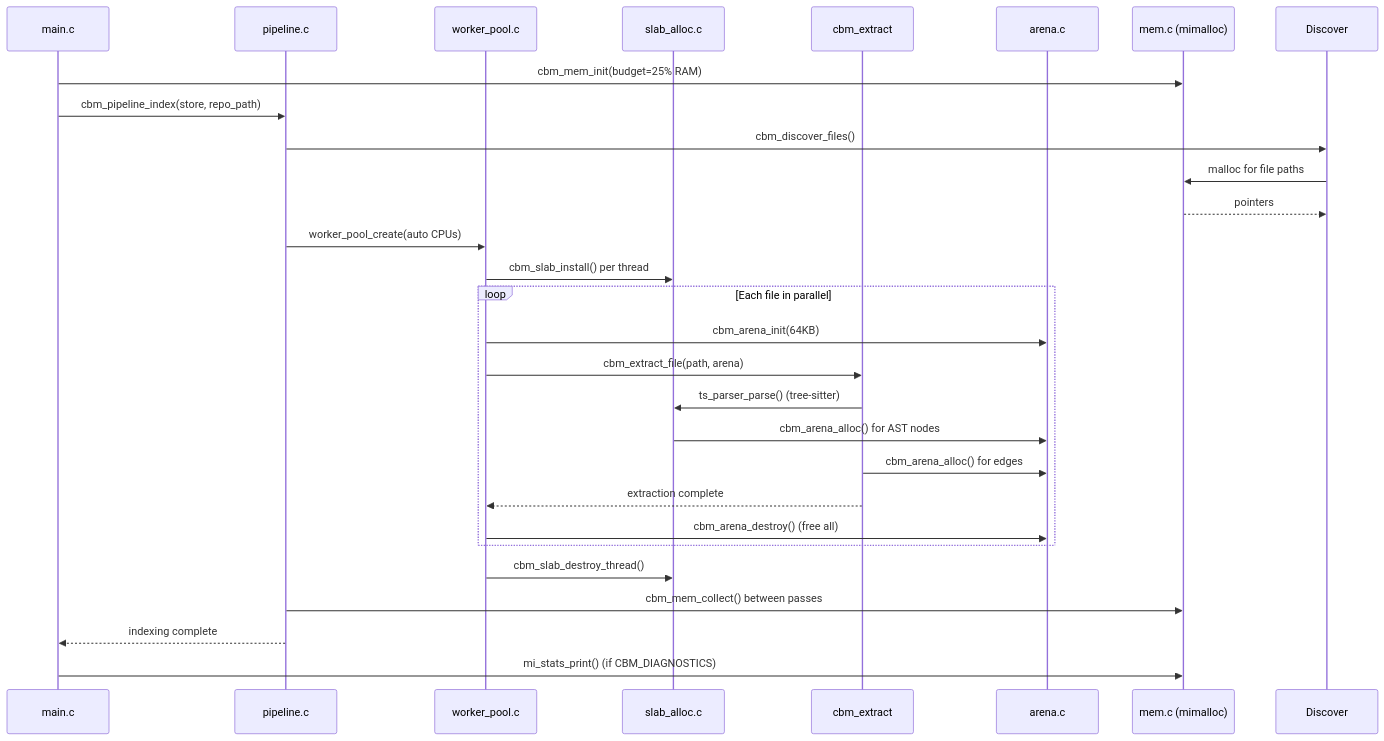
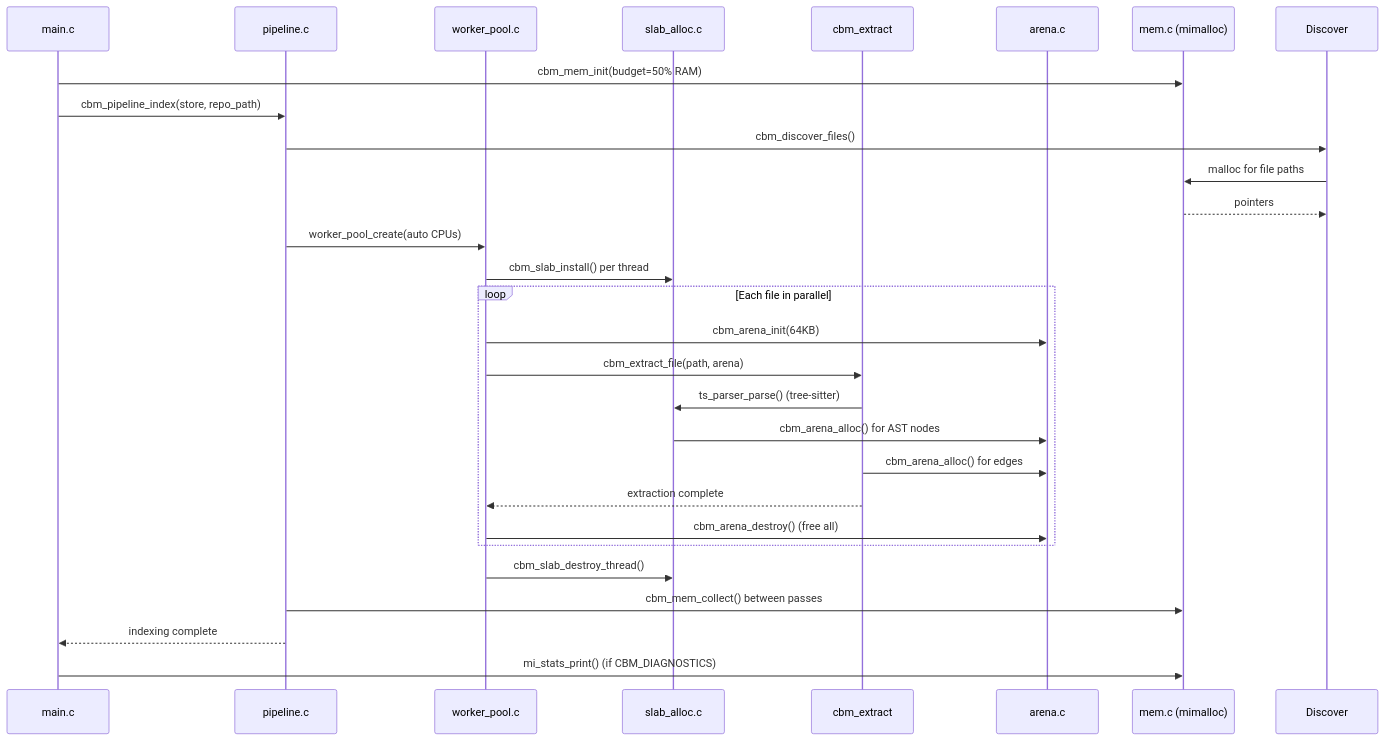
One commit to ewe-studios/explorations changed the first of 2 diagrams in [src.AI]/codebase-memory/markdown/02-foundation-layer.md. Above: the diagram before and after it, drawn with Mermaid. The commit also changed other lines of this file and 7 other files, not shown here.

````diff
--- a/[src.AI]/codebase-memory/markdown/02-foundation-layer.md
+++ b/[src.AI]/codebase-memory/markdown/02-foundation-layer.md
@@ -11,34 +11,34 @@
 ```mermaid
 sequenceDiagram
     participant Main as main.c
     participant Pipeline as pipeline.c
     participant Worker as worker_pool.c
     participant Slab as slab_alloc.c
     participant Extract as cbm_extract
     participant Arena as arena.c
     participant Mem as mem.c (mimalloc)
 
-    Main->>Mem: cbm_mem_init(budget=25% RAM)
+    Main->>Mem: cbm_mem_init(budget=50% RAM)
     Main->>Pipeline: cbm_pipeline_index(store, repo_path)
     Pipeline->>Discover: cbm_discover_files()
     Discover->>Mem: malloc for file paths
     Mem-->>Discover: pointers
 
     Pipeline->>Worker: worker_pool_create(auto CPUs)
     Worker->>Slab: cbm_slab_install() per thread
 
     loop Each file in parallel
         Worker->>Arena: cbm_arena_init(64KB)
         Worker->>Extract: cbm_extract_file(path, arena)
         Extract->>Slab: ts_parser_parse() (tree-sitter)
         Slab->>Arena: cbm_arena_alloc() for AST nodes
         Extract->>Arena: cbm_arena_alloc() for edges
         Extract-->>Worker: extraction complete
         Worker->>Arena: cbm_arena_destroy() (free all)
     end
 
     Worker->>Slab: cbm_slab_destroy_thread()
     Pipeline->>Mem: cbm_mem_collect() between passes
     Pipeline-->>Main: indexing complete
     Main->>Mem: mi_stats_print() (if CBM_DIAGNOSTICS)
 ```
````
